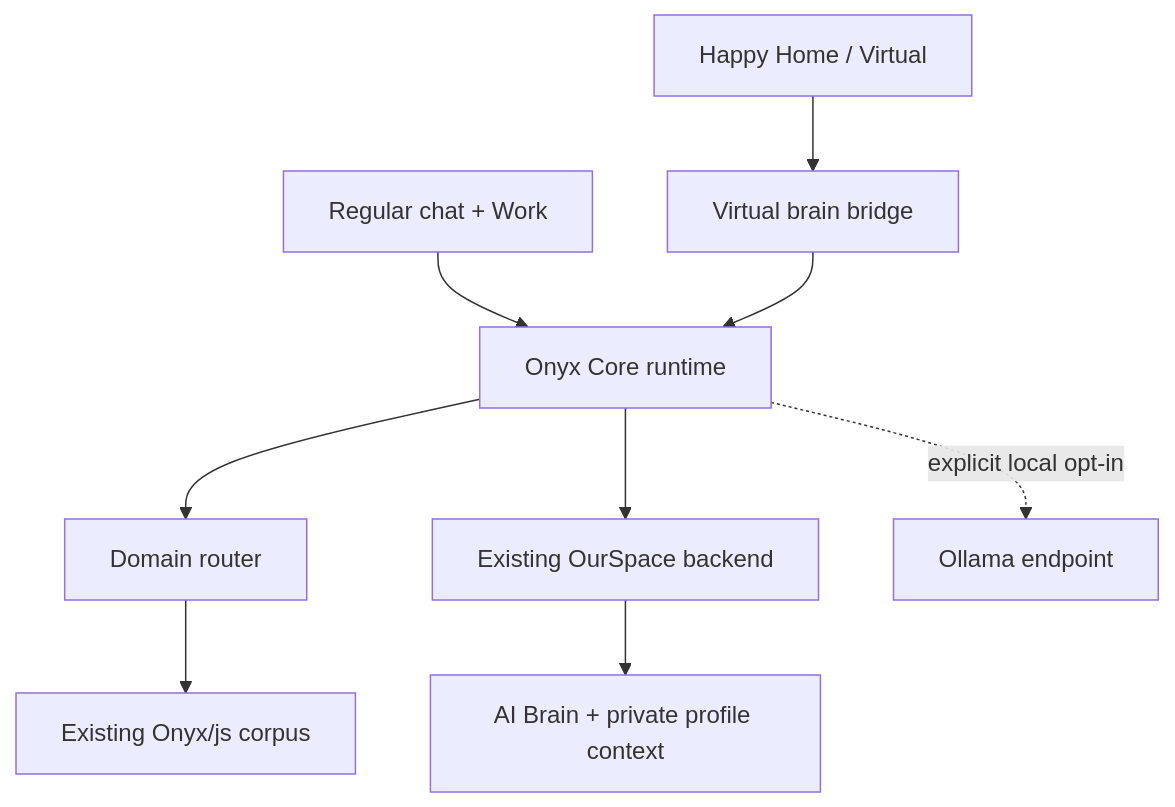
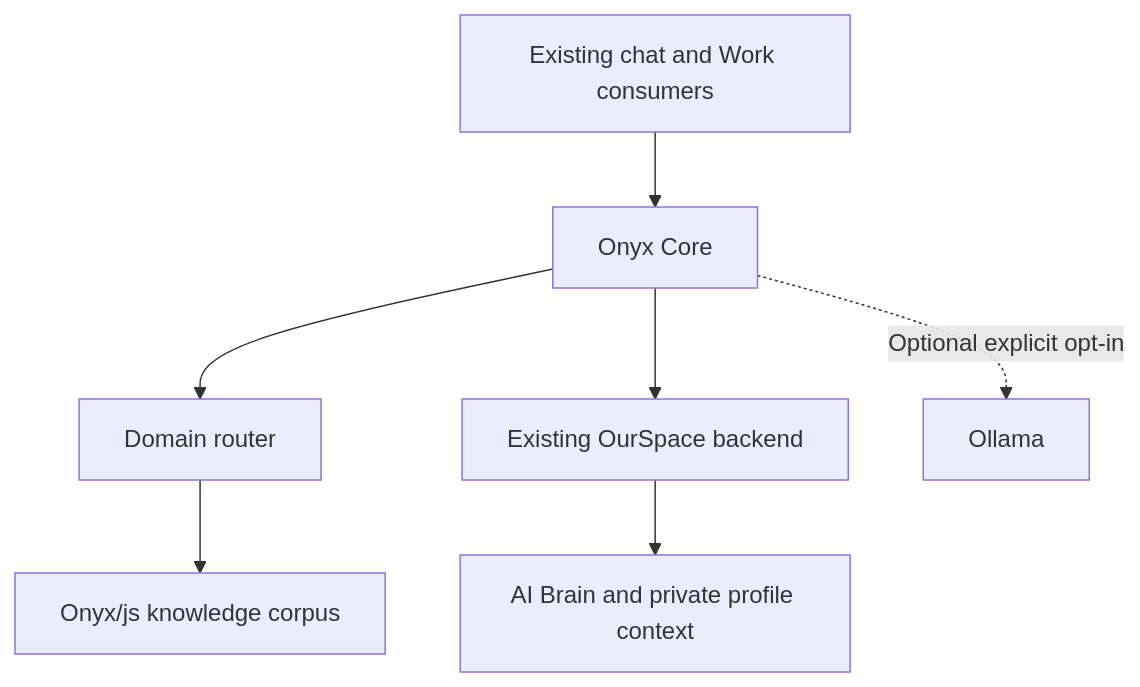
The diagram in Onyx/docs/ONYX_AI_BRAIN_INTEGRATION.md (tyrannosaurusdm92/LifeHelpers), drawn with Mermaid before and after one commit. The commit also changed other lines of this file and 14 other files, not shown here.

Commit message:
Remove Onyx game and widget assets; retain brain-only runtime

````diff
--- a/Onyx/docs/ONYX_AI_BRAIN_INTEGRATION.md
+++ b/Onyx/docs/ONYX_AI_BRAIN_INTEGRATION.md
@@ -39,11 +22,9 @@
 ```mermaid
 flowchart TD
-    A["Regular chat + Work"] --> C["Onyx Core runtime"]
-    B["Happy Home / Virtual"] --> D["Virtual brain bridge"]
-    D --> C
-    C --> E["Domain router"]
-    E --> F["Existing Onyx/js corpus"]
-    C --> G["Existing OurSpace backend"]
-    G --> H["AI Brain + private profile context"]
-    C -. "explicit local opt-in" .-> I["Ollama endpoint"]
+    A["Existing chat and Work consumers"] --> B["Onyx Core"]
+    B --> C["Domain router"]
+    C --> D["Onyx/js knowledge corpus"]
+    B --> E["Existing OurSpace backend"]
+    E --> F["AI Brain and private profile context"]
+    B -. "Optional explicit opt-in" .-> G["Ollama"]
 ```
````
